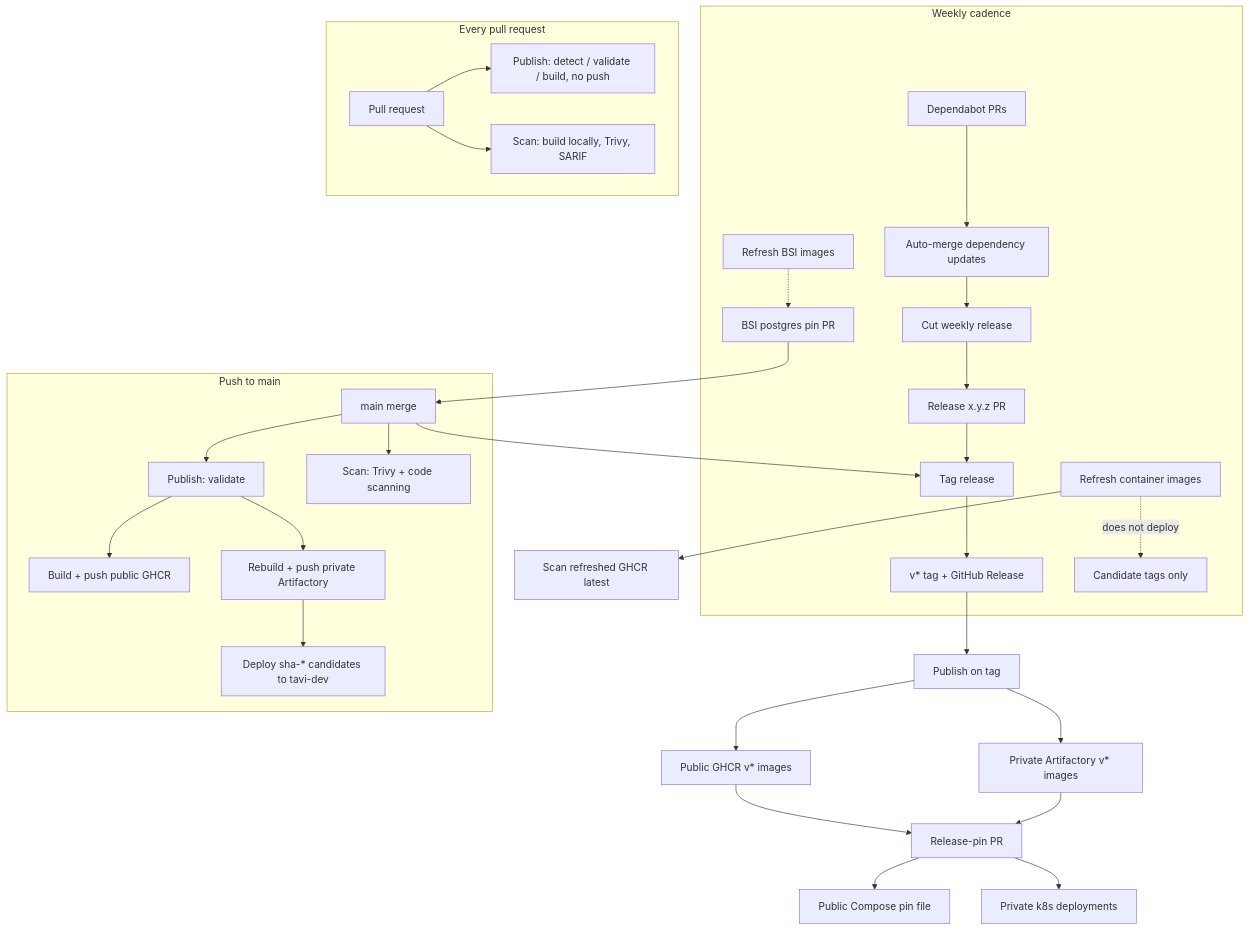
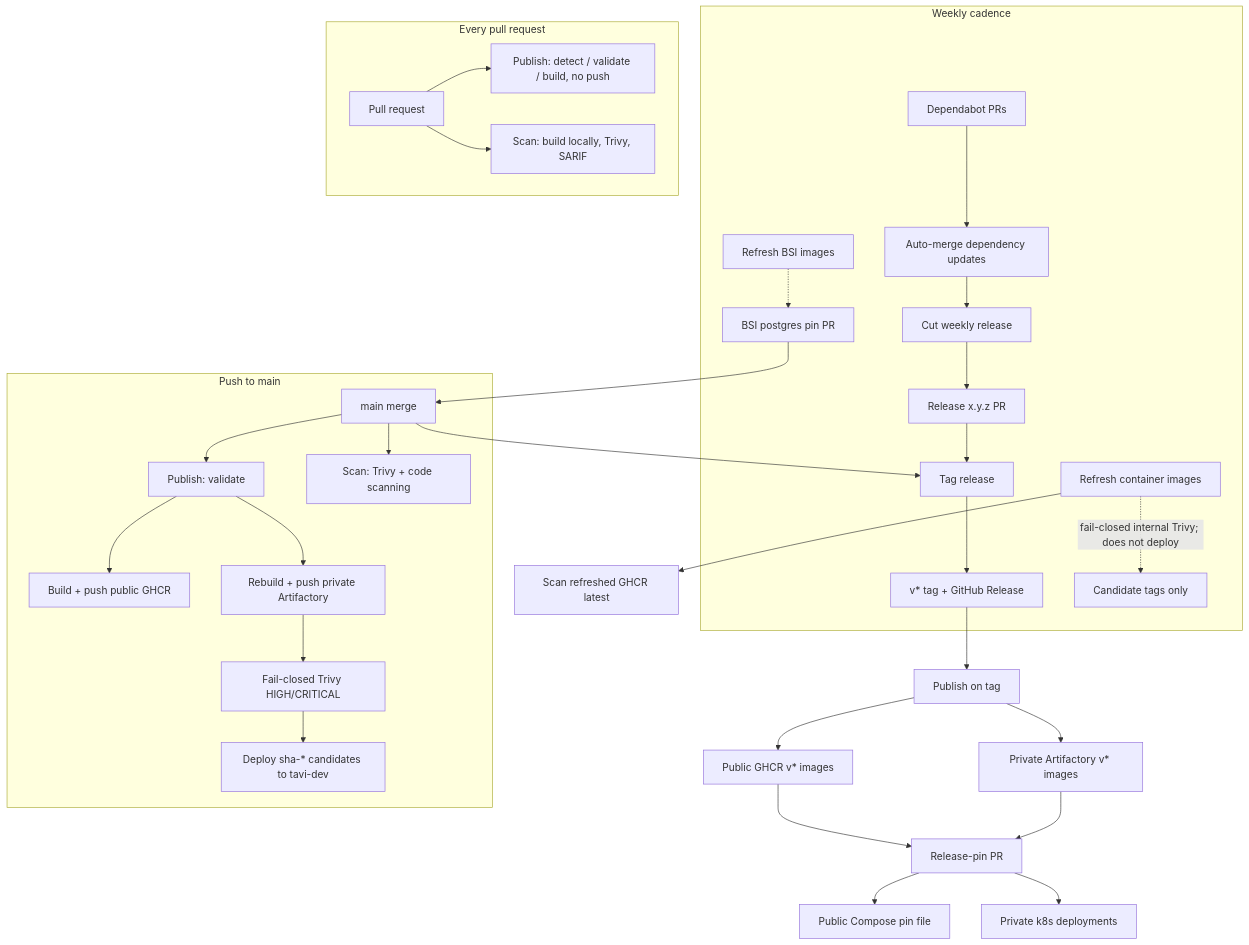
Before and after one commit to mkronvold-wtg/tavi: the first of 3 diagrams in docs/WORKFLOWS.md, drawn with Mermaid. The commit also changed other lines of this file and 4 other files, not shown here.

First line of the commit message:
ci(security): fail-closed Trivy on internal Artifactory publishes

````diff
--- a/docs/WORKFLOWS.md
+++ b/docs/WORKFLOWS.md
@@ -24,48 +24,49 @@
 ```mermaid
 flowchart TB
   subgraph week["Weekly cadence"]
     DEP[Dependabot PRs]
     AM[Auto-merge dependency updates]
     FRI[Cut weekly release]
     RELPR[Release x.y.z PR]
     TAGWF[Tag release]
     VTAG["v* tag + GitHub Release"]
     MONAPP[Refresh container images]
     MONBSI[Refresh BSI images]
     DEP --> AM --> FRI --> RELPR --> TAGWF --> VTAG
-    MONAPP -.->|"does not deploy"| CAND[Candidate tags only]
+    MONAPP -.->|"fail-closed internal Trivy; does not deploy"| CAND[Candidate tags only]
     MONBSI -.-> BSPIN[BSI postgres pin PR]
   end
 
   subgraph prpath["Every pull request"]
     PR[Pull request]
     P1[Publish: detect / validate / build, no push]
     S1[Scan: build locally, Trivy, SARIF]
     PR --> P1
     PR --> S1
   end
 
   subgraph mainpath["Push to main"]
     MAIN[main merge]
     P2[Publish: validate]
     GH[Build + push public GHCR]
     AF[Rebuild + push private Artifactory]
+    AFT[Fail-closed Trivy HIGH/CRITICAL]
     DEV[Deploy sha-* candidates to tavi-dev]
     S2[Scan: Trivy + code scanning]
     MAIN --> P2 --> GH
-    P2 --> AF --> DEV
+    P2 --> AF --> AFT --> DEV
     MAIN --> S2
     MAIN --> TAGWF
   end
 
   VTAG --> P3[Publish on tag]
   P3 --> GHREL[Public GHCR v* images]
   P3 --> AFREL[Private Artifactory v* images]
   GHREL --> PIN[Release-pin PR]
   AFREL --> PIN
   PIN --> COMPOSE[Public Compose pin file]
   PIN --> K8S[Private k8s deployments]
 
   MONAPP --> S3[Scan refreshed GHCR latest]
   BSPIN --> MAIN
 ```
````
